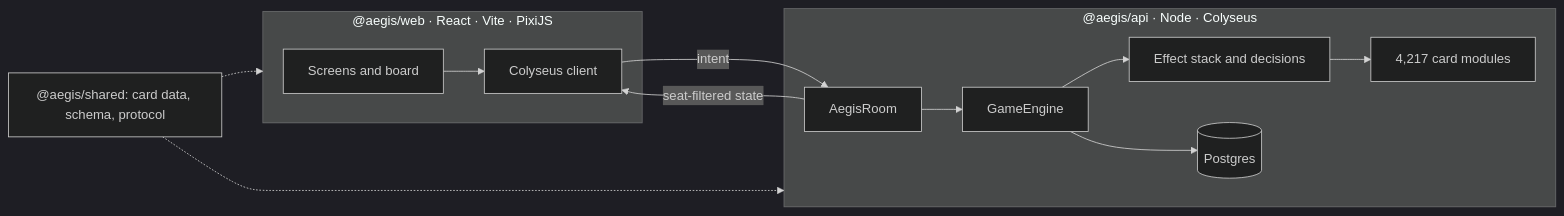
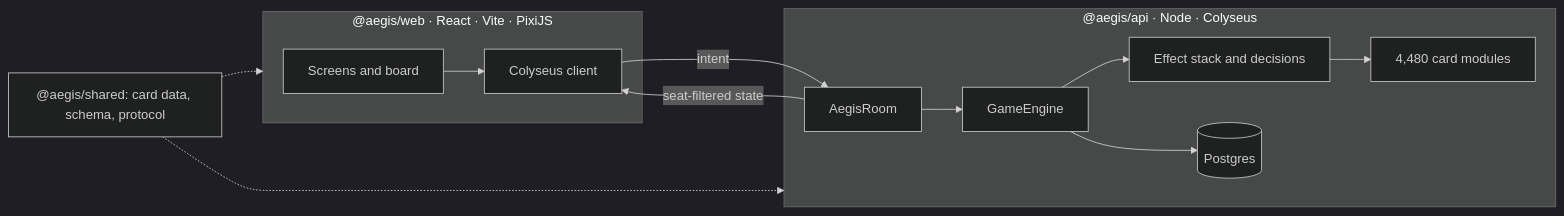
The diagram in README.md (vinicius3333/aegis-digimon-tcg), drawn with Mermaid (dark theme) before and after one commit. The commit also changed other lines of this file and 1 other file, not shown here.

First line of the commit message:
docs: align README and architecture with AGENTS.md

````diff
--- a/README.md
+++ b/README.md
@@ -36,27 +36,27 @@
 ```mermaid
 flowchart LR
   subgraph browser["@aegis/web · React · Vite · PixiJS"]
     ui["Screens and board"]
     client["Colyseus client"]
   end
 
   shared["@aegis/shared: card data, schema, protocol"]
 
   subgraph api["@aegis/api · Node · Colyseus"]
     room["AegisRoom"]
     engine["GameEngine"]
     stack["Effect stack and decisions"]
-    cards["4,217 card modules"]
+    cards["4,480 card modules"]
     db[("Postgres")]
   end
 
   ui --> client
   client -- "intent" --> room
   room --> engine
   engine --> stack
   stack --> cards
   engine --> db
   room -- "seat-filtered state" --> client
   shared -.-> browser
   shared -.-> api
 ```
````
